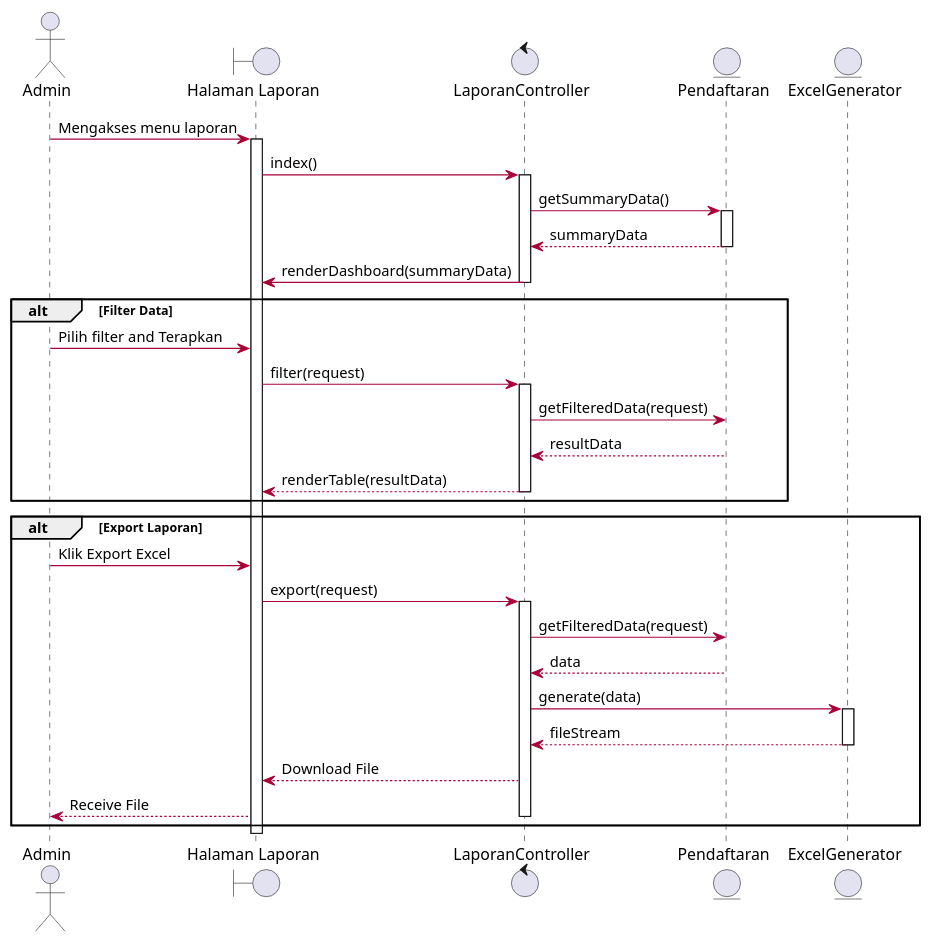
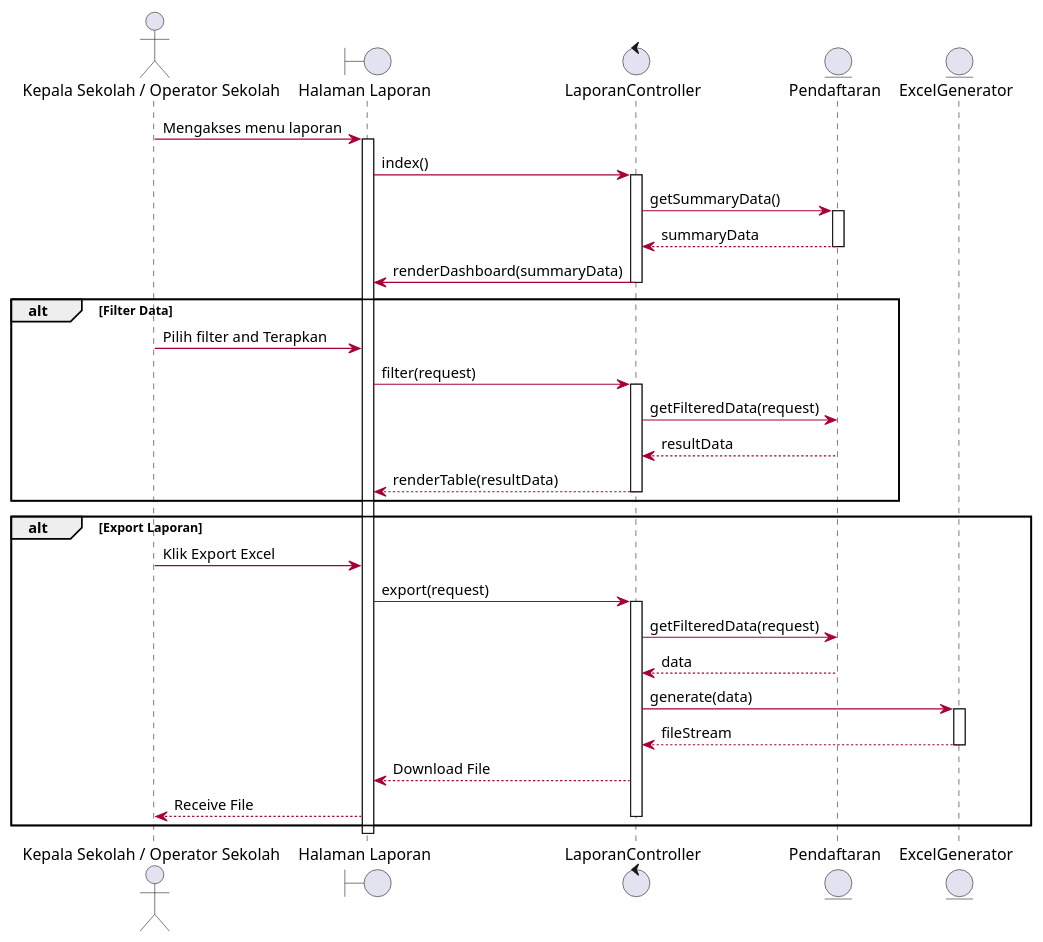
The diagram in docs/sequence_diagram/revisi/kelola_laporan.puml (unfaejanXT/KP-SIPPDB-SMK), drawn with PlantUML before and after one commit. The commit also changed 44 other files, not shown here.

```diff
--- a/docs/sequence_diagram/revisi/kelola_laporan.puml
+++ b/docs/sequence_diagram/revisi/kelola_laporan.puml
@@ -1,57 +1,57 @@
 @startuml
 skinparam SwimlaneTitleFontSize 14
 skinparam SwimlaneBorderThickness 1
 skinparam ActivityBackgroundColor #FEFECE
 skinparam ActivityBorderColor #A80036
 skinparam ActivityFontSize 12
 skinparam ArrowColor #A80036
 skinparam Shadowing false
 
-actor "Admin" as Admin
+actor "Kepala Sekolah / Operator Sekolah" as Admin
 boundary "Halaman Laporan" as View
 control "LaporanController" as Ctrl
 entity "Pendaftaran" as Model
 entity "ExcelGenerator" as Excel
 
 Admin -> View : Mengakses menu laporan
 activate View
 View -> Ctrl : index()
 activate Ctrl
 Ctrl -> Model : getSummaryData()
 activate Model
 Model --> Ctrl : summaryData
 deactivate Model
 Ctrl -> View : renderDashboard(summaryData)
 deactivate Ctrl
 
 alt Filter Data
     Admin -> View : Pilih filter and Terapkan
     View -> Ctrl : filter(request)
     activate Ctrl
     Ctrl -> Model : getFilteredData(request)
     Model --> Ctrl : resultData
     Ctrl --> View : renderTable(resultData)
     deactivate Ctrl
 end
 
 alt Export Laporan
     Admin -> View : Klik Export Excel
     View -> Ctrl : export(request)
     activate Ctrl
     
     Ctrl -> Model : getFilteredData(request)
     Model --> Ctrl : data
     
     Ctrl -> Excel : generate(data)
     activate Excel
     Excel --> Ctrl : fileStream
     deactivate Excel
     
     Ctrl --> View : Download File
     View --> Admin : Receive File
     deactivate Ctrl
 end
 
 deactivate View
 
 @enduml
```
